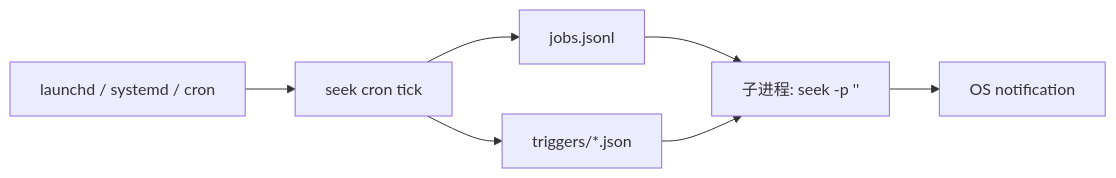
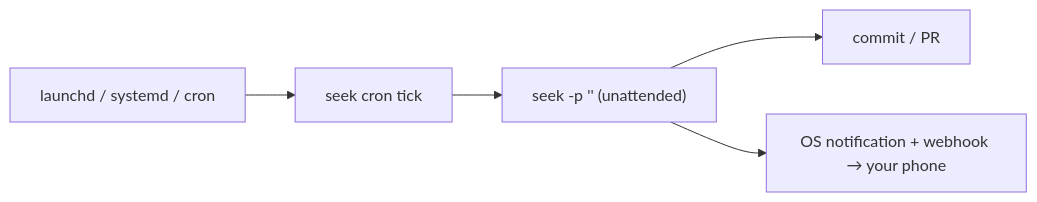
Before and after one commit to whyiyhw/seek: the second of 2 diagrams in README.md, drawn with Mermaid. The commit also changed other lines of this file and 2 other files, not shown here.

````diff
--- a/README.md
+++ b/README.md
@@ -63,15 +70,7 @@
 ```mermaid
 graph LR
-  OS["launchd / systemd / cron"]
-  T["seek cron tick"]
-  J["jobs.jsonl"]
-  X["triggers/*.json"]
-  R["子进程: seek -p '<prompt>'"]
-  N["OS notification"]
-  OS --> T
-  T --> J
-  T --> X
-  J --> R
-  X --> R
-  R --> N
+  OS["launchd / systemd / cron"] --> T["seek cron tick"]
+  T --> R["seek -p '<prompt>' (unattended)"]
+  R --> C["commit / PR"]
+  R --> N["OS notification + webhook → your phone"]
 ```
````
